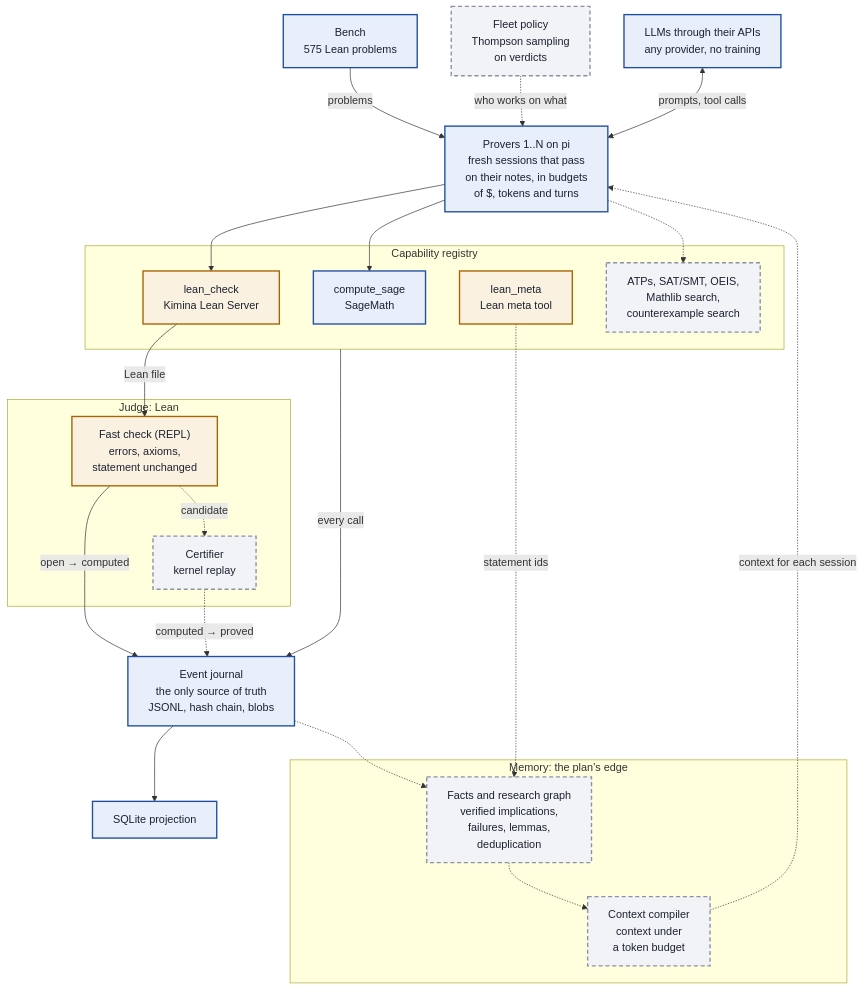
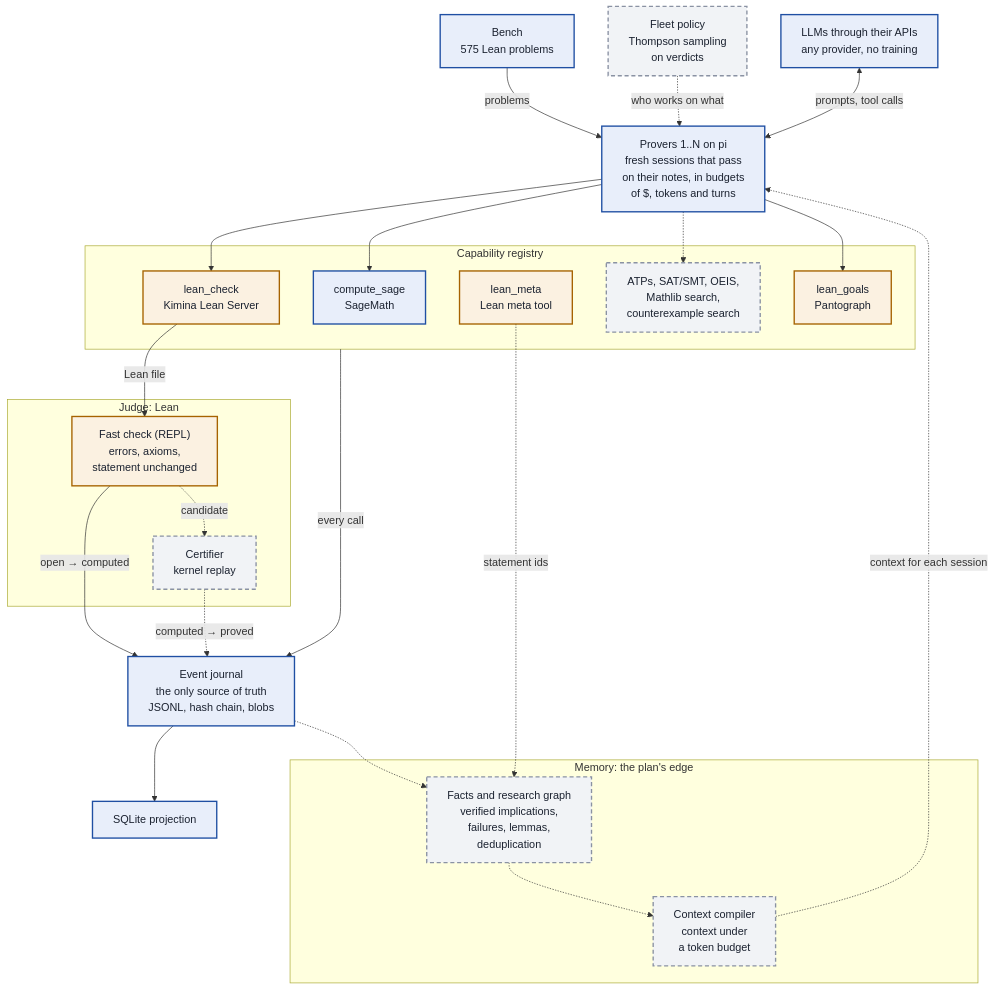
Before and after one commit to Kdevos12/seshat: the diagram in README.md, drawn with Mermaid. The commit also changed 18 other files, not shown here.

First line of the commit message:
Add lean.goals: proof goals one tactic at a time through Pantograph

````diff
--- a/README.md
+++ b/README.md
@@ -17,47 +17,49 @@
 ```mermaid
 flowchart TB
   classDef built fill:#e8eefa,stroke:#1f4fa3,stroke-width:2px,color:#1b2230
   classDef wait fill:#fbf1e1,stroke:#a66300,stroke-width:2px,color:#1b2230
   classDef planned fill:#f1f3f6,stroke:#8a92a3,stroke-width:2px,stroke-dasharray:6 4,color:#1b2230
 
   bench["Bench<br/>575 Lean problems"]:::built
   fleet["Fleet policy<br/>Thompson sampling<br/>on verdicts"]:::planned
   llm["LLMs through their APIs<br/>any provider, no training"]:::built
   provers["Provers 1..N on pi<br/>fresh sessions that pass<br/>on their notes, in budgets<br/>of $, tokens and turns"]:::built
 
   subgraph TOOLS["Capability registry"]
     leancheck["lean_check<br/>Kimina Lean Server"]:::wait
     sage["compute_sage<br/>SageMath"]:::built
     leanmeta["lean_meta<br/>Lean meta tool"]:::wait
+    leangoals["lean_goals<br/>Pantograph"]:::wait
     moretools["ATPs, SAT/SMT, OEIS,<br/>Mathlib search,<br/>counterexample search"]:::planned
   end
 
   subgraph JUDGE["Judge: Lean"]
     fast["Fast check (REPL)<br/>errors, axioms,<br/>statement unchanged"]:::wait
     certifier["Certifier<br/>kernel replay"]:::planned
   end
 
   journal["Event journal<br/>the only source of truth<br/>JSONL, hash chain, blobs"]:::built
   projection["SQLite projection"]:::built
 
   subgraph MEMORY["Memory: the plan's edge"]
     kg["Facts and research graph<br/>verified implications,<br/>failures, lemmas,<br/>deduplication"]:::planned
     compiler["Context compiler<br/>context under<br/>a token budget"]:::planned
   end
 
   bench -->|problems| provers
   fleet -.->|"who works on what"| provers
   llm <-->|"prompts, tool calls"| provers
   provers --> leancheck & sage
   provers -.-> moretools
   leanmeta -.->|"statement ids"| kg
+  provers --> leangoals
   leancheck -->|Lean file| fast
   fast -->|"open → computed"| journal
   fast -.->|candidate| certifier
   certifier -.->|"computed → proved"| journal
   TOOLS -->|"every call"| journal
   journal --> projection
   journal -.-> kg
   kg -.-> compiler
   compiler -.->|"context for each session"| provers
 ```
````
